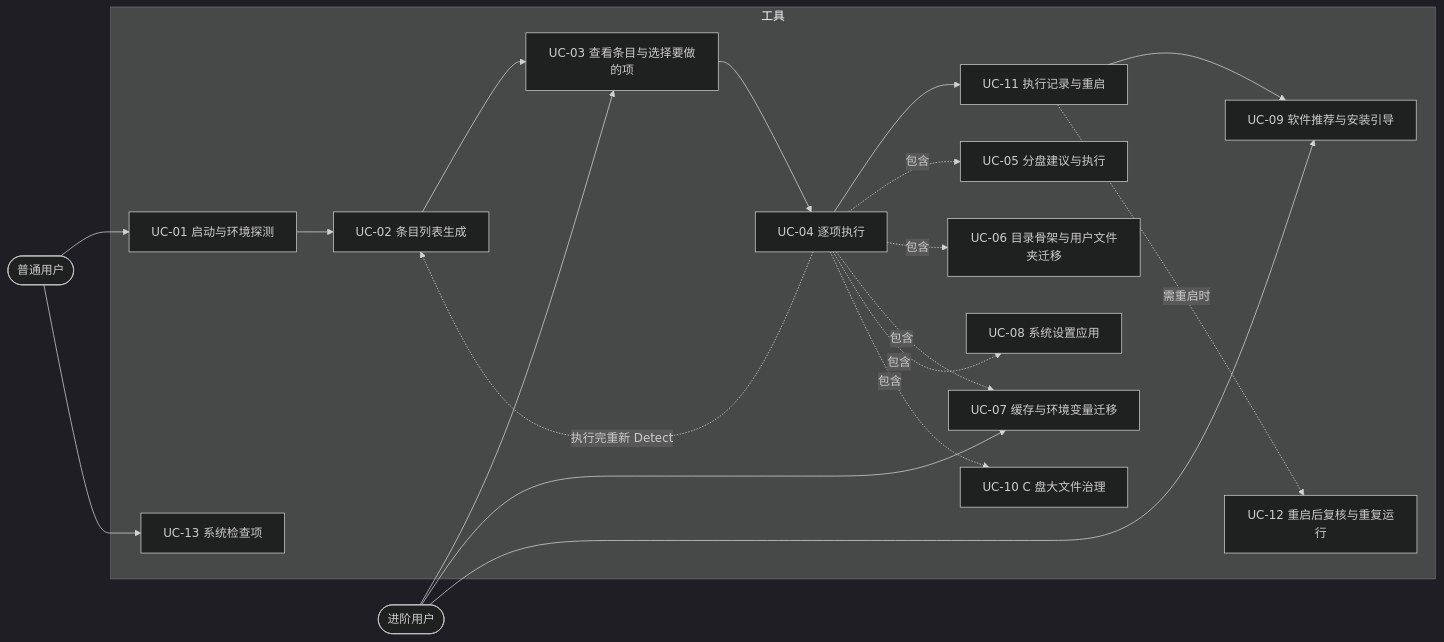
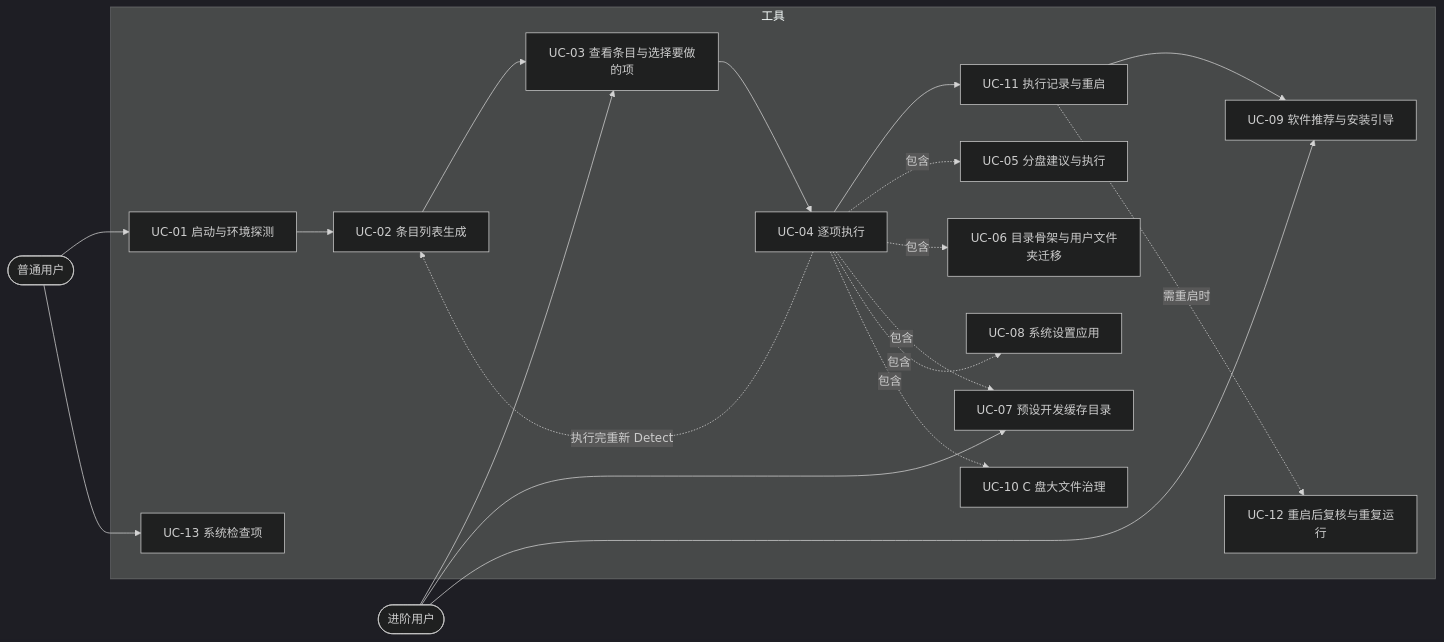
Before and after one commit to CookPiu/WinHomestead: the first of 8 diagrams in docs/02-用例与用户流程.md, drawn with Mermaid (dark theme). The commit also changed other lines of this file and 16 other files, not shown here.

````diff
--- a/docs/02-用例与用户流程.md
+++ b/docs/02-用例与用户流程.md
@@ -24,33 +24,33 @@
 ```mermaid
 flowchart LR
   U([普通用户])
   P([进阶用户])
   subgraph 工具
     UC01[UC-01 启动与环境探测]
     UC02[UC-02 条目列表生成]
     UC03[UC-03 查看条目与选择要做的项]
     UC04[UC-04 逐项执行]
     UC05[UC-05 分盘建议与执行]
     UC06[UC-06 目录骨架与用户文件夹迁移]
-    UC07[UC-07 缓存与环境变量迁移]
+    UC07[UC-07 预设开发缓存目录]
     UC08[UC-08 系统设置应用]
     UC09[UC-09 软件推荐与安装引导]
     UC10[UC-10 C 盘大文件治理]
     UC11[UC-11 执行记录与重启]
     UC12[UC-12 重启后复核与重复运行]
     UC13[UC-13 系统检查项]
   end
   U --> UC01 --> UC02 --> UC03 --> UC04 --> UC11
   UC04 -.执行完重新 Detect.-> UC02
   UC04 -.包含.-> UC05
   UC04 -.包含.-> UC06
   UC04 -.包含.-> UC07
   UC04 -.包含.-> UC08
   UC04 -.包含.-> UC10
   UC11 --> UC09
   UC11 -.需重启时.-> UC12
   U --> UC13
   P --> UC03
   P --> UC07
   P --> UC09
 ```
````
